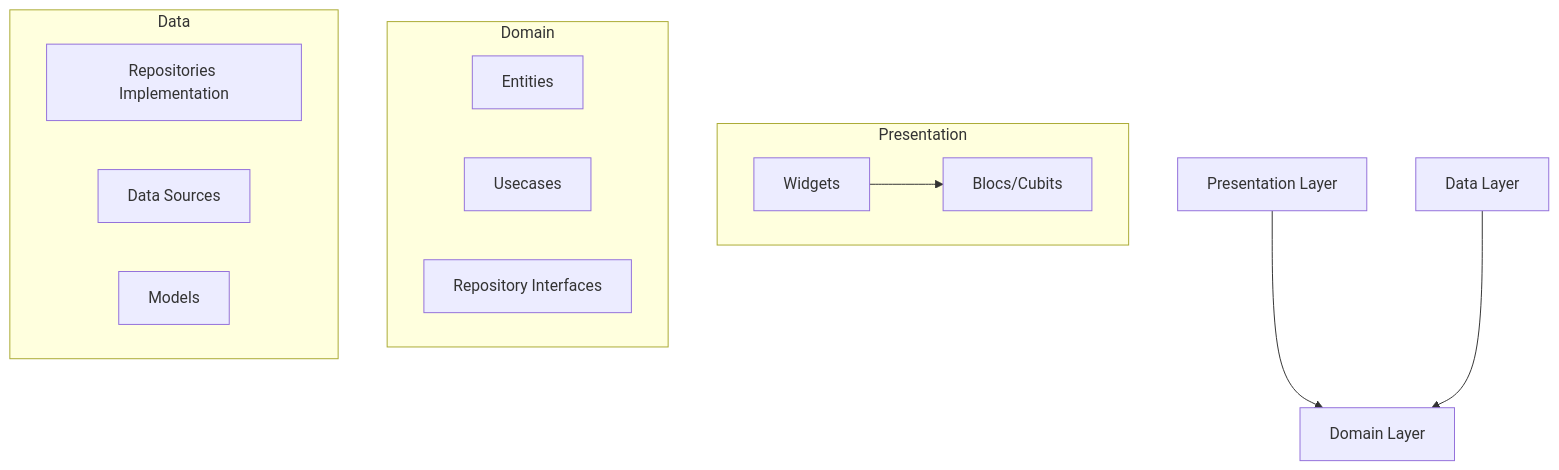
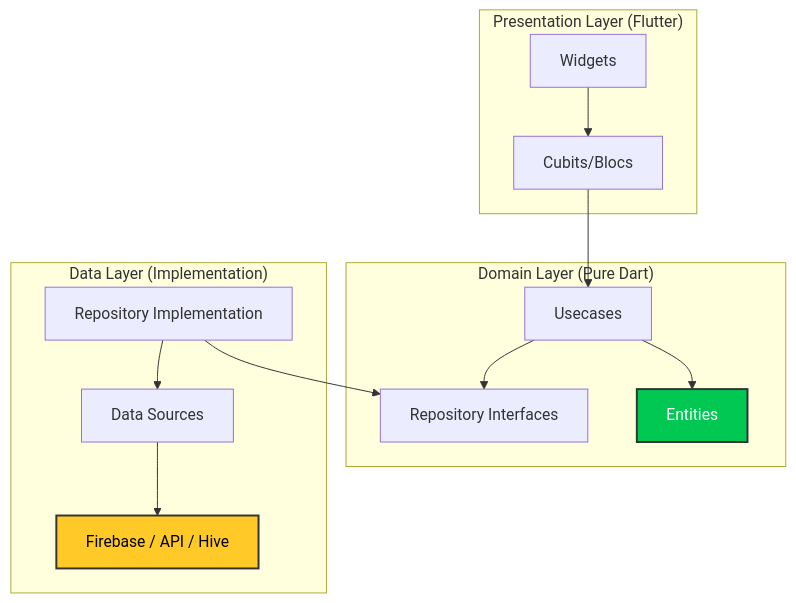
Before and after one commit to MahmoudDahy11/NOOR: the diagram in README.md, drawn with Mermaid. The commit also changed other lines of this file and 5 other files, not shown here.

Commit message:
docs: update README with project goals, architectural structure, and feature imagery

````diff
--- a/README.md
+++ b/README.md
@@ -63,21 +126,21 @@
 ```mermaid
 graph TD
-    A[Presentation Layer] --> B[Domain Layer]
-    C[Data Layer] --> B[Domain Layer]
-    
-    subgraph "Presentation"
-    A1[Widgets] --> A2[Blocs/Cubits]
+    subgraph "Presentation Layer (Flutter)"
+        A[Widgets] --> B[Cubits/Blocs]
     end
-    
-    subgraph "Domain"
-    B1[Entities]
-    B2[Usecases]
-    B3[Repository Interfaces]
+
+    subgraph "Domain Layer (Pure Dart)"
+        B --> C[Usecases]
+        C --> D[Entities]
+        C --> E[Repository Interfaces]
     end
-    
-    subgraph "Data"
-    C1[Repositories Implementation]
-    C2[Data Sources]
-    C3[Models]
+
+    subgraph "Data Layer (Implementation)"
+        F[Repository Implementation] --> E
+        F --> G[Data Sources]
+        G --> H[Firebase / API / Hive]
     end
+
+    style D fill:#00C853,stroke:#333,stroke-width:2px,color:#fff
+    style H fill:#FFCA28,stroke:#333,stroke-width:2px,color:#000
 ```
````
